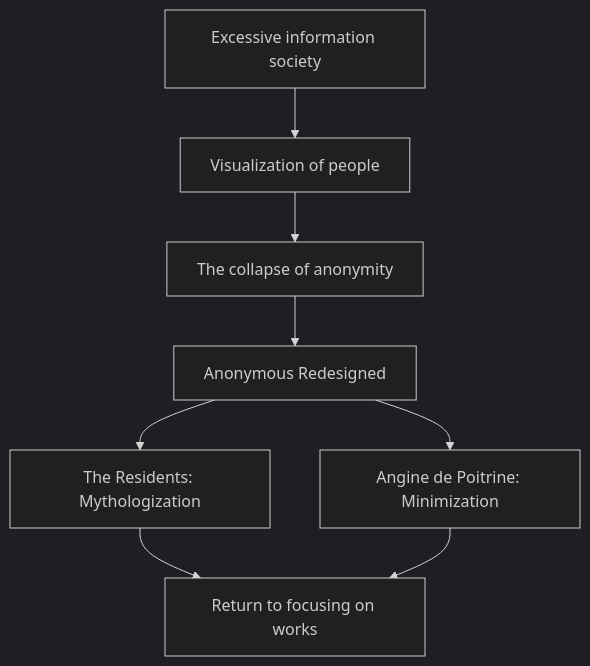
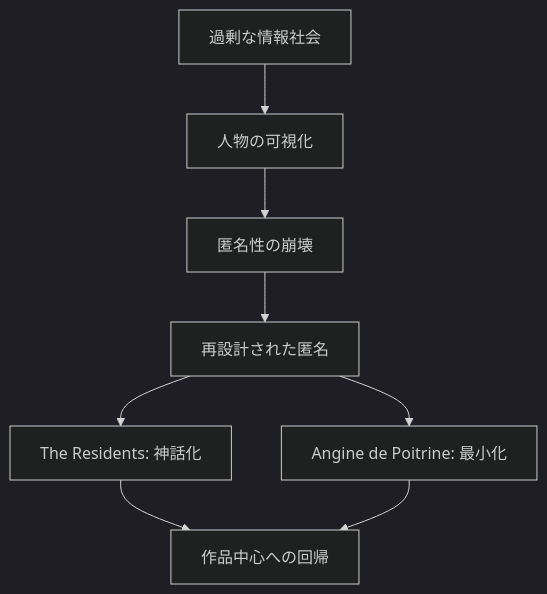
Before and after one commit to monumental-movement/monumental-movement.github.io: the seventh of 17 diagrams in en/_posts/2026-07-06-column-angine-de-poitrine-the-residents.md, drawn with Mermaid (dark theme). The commit also changed other lines of this file and 2196 other files, not shown here.

```diff
--- a/en/_posts/2026-07-06-column-angine-de-poitrine-the-residents.md
+++ b/en/_posts/2026-07-06-column-angine-de-poitrine-the-residents.md
@@ -817,15 +816,15 @@
 <div class="mermaid">
 flowchart TD
 
-A["Excessive information society"]
-B["Visualization of people"]
-C["The collapse of anonymity"]
-D["Anonymous Redesigned"]
-E["The Residents: Mythologization"]
-F["Angine de Poitrine: Minimization"]
-G["Return to focusing on works"]
+A["過剰な情報社会"]
+B["人物の可視化"]
+C["匿名性の崩壊"]
+D["再設計された匿名"]
+E["The Residents: 神話化"]
+F["Angine de Poitrine: 最小化"]
+G["作品中心への回帰"]
 
 A --> B --> C --> D
 D --> E --> G
 D --> F --> G
 </div>
```
